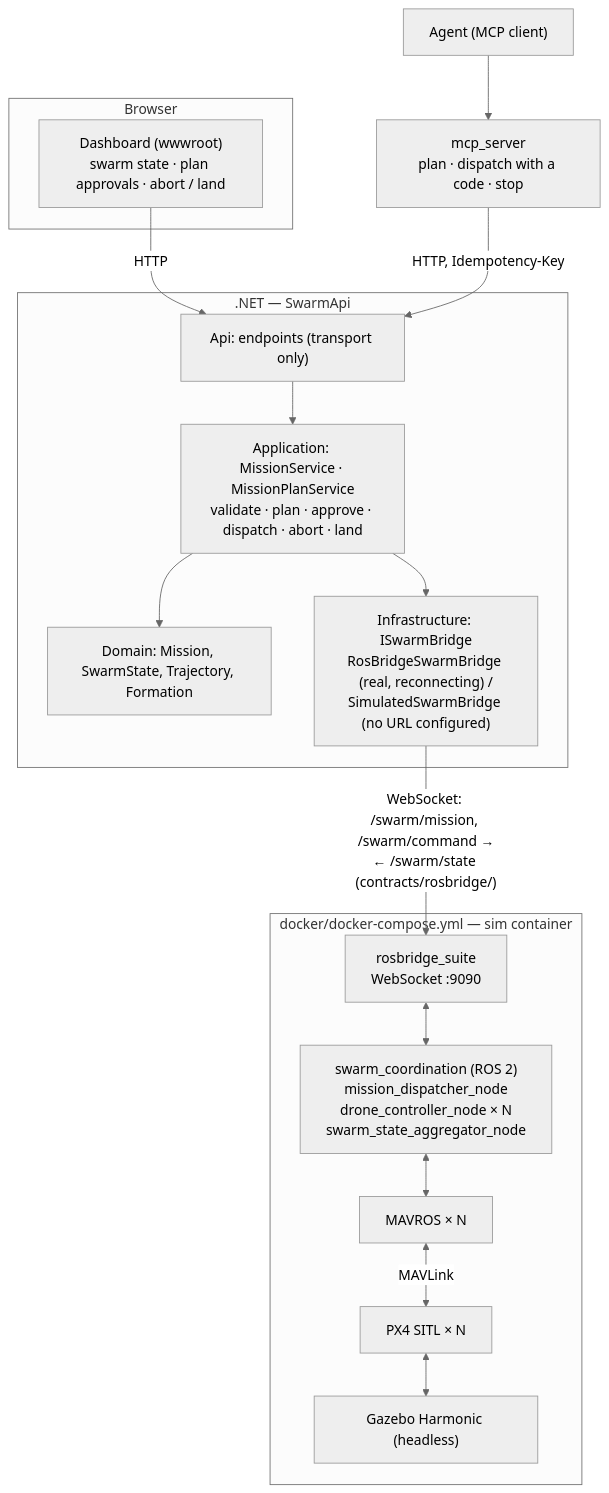
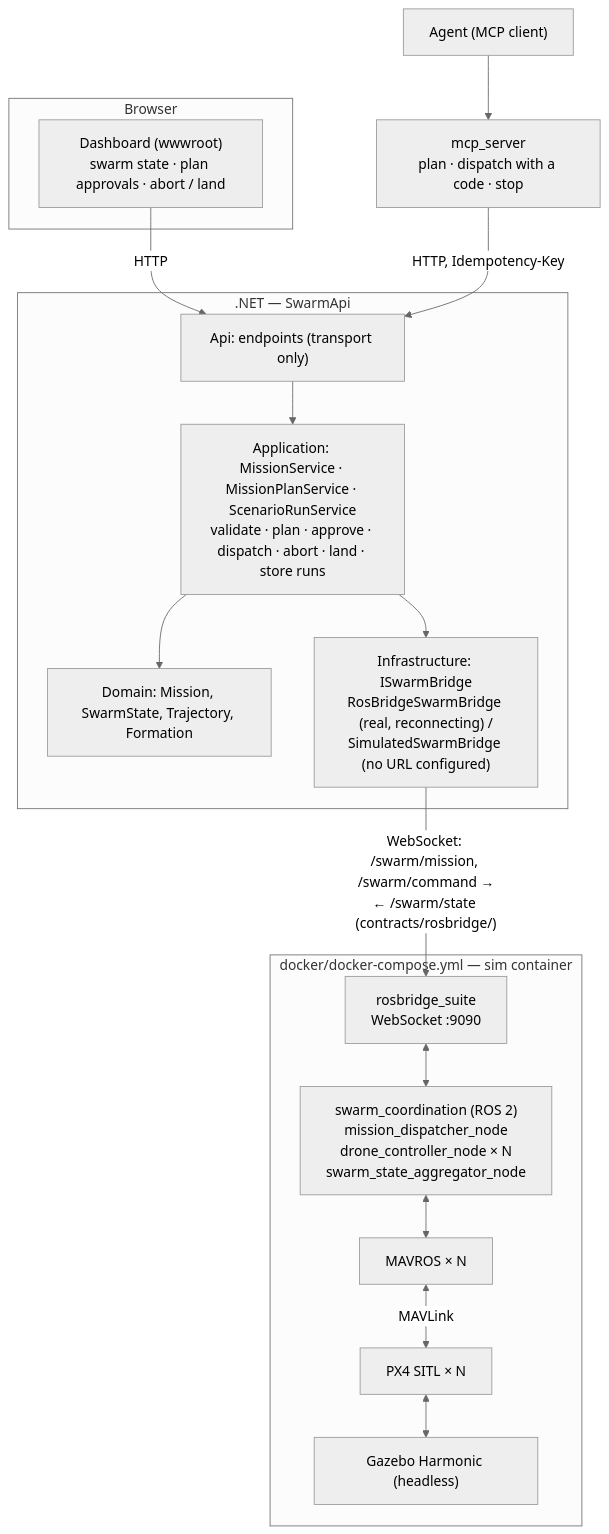
The diagram in README.md (konradcinkusz/swarmsim), drawn with Mermaid (neutral theme) before and after one commit. The commit also changed other lines of this file and 9 other files, not shown here.

````diff
--- a/README.md
+++ b/README.md
@@ -25,33 +25,33 @@
 ```mermaid
 flowchart TB
     subgraph Dashboard["Browser"]
         UI["Dashboard (wwwroot)<br/>swarm state · plan approvals · abort / land"]
     end
 
     Agent["Agent (MCP client)"] --> MCP["mcp_server<br/>plan · dispatch with a code · stop"]
 
     subgraph Api[".NET — SwarmApi"]
         Ep["Api: endpoints (transport only)"]
-        App["Application: MissionService · MissionPlanService<br/>validate · plan · approve · dispatch · abort · land"]
+        App["Application: MissionService · MissionPlanService · ScenarioRunService<br/>validate · plan · approve · dispatch · abort · land · store runs"]
         Dom["Domain: Mission, SwarmState, Trajectory, Formation"]
         Bridge["Infrastructure: ISwarmBridge<br/>RosBridgeSwarmBridge (real, reconnecting) /<br/>SimulatedSwarmBridge (no URL configured)"]
         Ep --> App --> Bridge
         App --> Dom
     end
 
     subgraph Sim["docker/docker-compose.yml — sim container"]
         RB["rosbridge_suite<br/>WebSocket :9090"]
         Coord["swarm_coordination (ROS 2)<br/>mission_dispatcher_node<br/>drone_controller_node × N<br/>swarm_state_aggregator_node"]
         MR["MAVROS × N"]
         PX4["PX4 SITL × N"]
         GZ["Gazebo Harmonic (headless)"]
         RB <--> Coord
         Coord <--> MR
         MR <-->|MAVLink| PX4
         PX4 <--> GZ
     end
 
     UI -->|HTTP| Ep
     MCP -->|"HTTP, Idempotency-Key"| Ep
     Bridge -->|"WebSocket: /swarm/mission, /swarm/command →<br/>← /swarm/state (contracts/rosbridge/)"| RB
 ```
````
